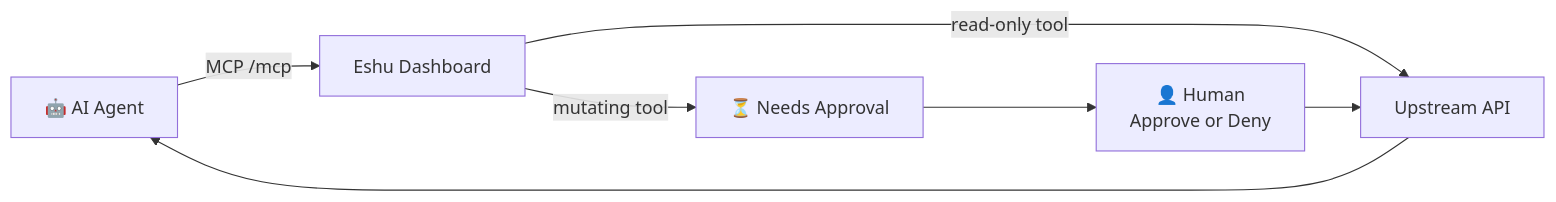
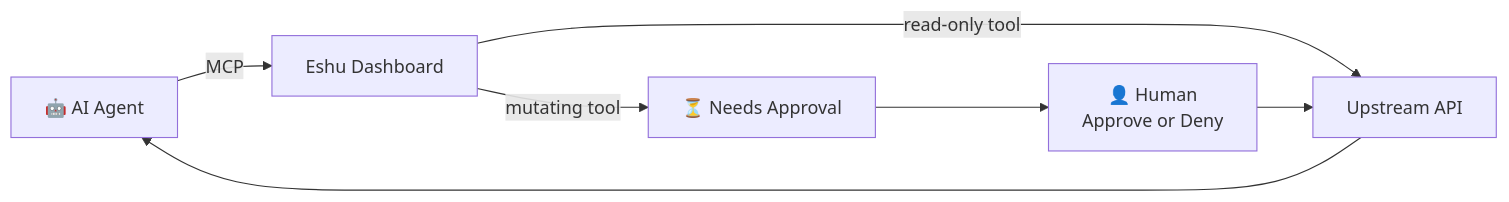
One commit to fruitsky/eshu-gateway changed the second of 2 diagrams in README.md. Above: the diagram before and after it, drawn with Mermaid.

Commit message:
docs(readme): drop forward slash from MCP edge label so Mermaid renders
The |MCP /mcp| edge label's unquoted '/' breaks Mermaid's flowchart parser
on GitHub, so the Integrations & MCP diagram rendered as raw text. Renamed
the edge to plain 'MCP', matching the working SSH diagram's syntax.

````diff
--- a/README.md
+++ b/README.md
@@ -77,10 +77,10 @@
 ```mermaid
 flowchart LR
-    AI[🤖 AI Agent] -->|MCP /mcp| E[Eshu Dashboard]
+    AI[🤖 AI Agent] -->|MCP| E[Eshu Dashboard]
     E -->|read-only tool| API[Upstream API]
     E -->|mutating tool| PEND[⏳ Needs Approval]
     PEND --> HUMAN[👤 Human
     Approve or Deny]
     HUMAN --> API
     API --> AI
 ```
````
